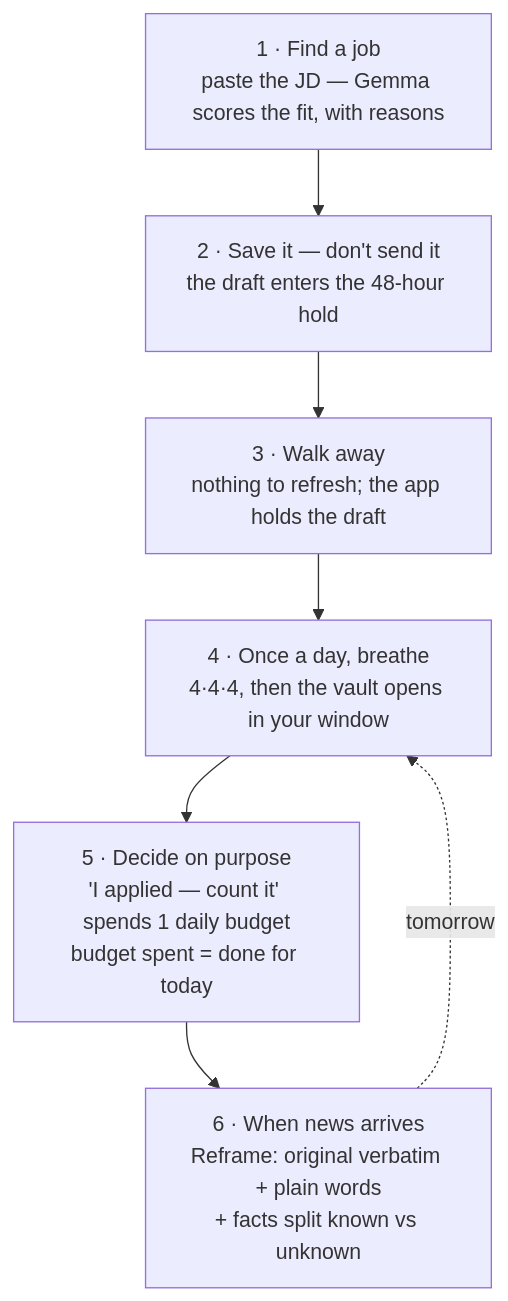
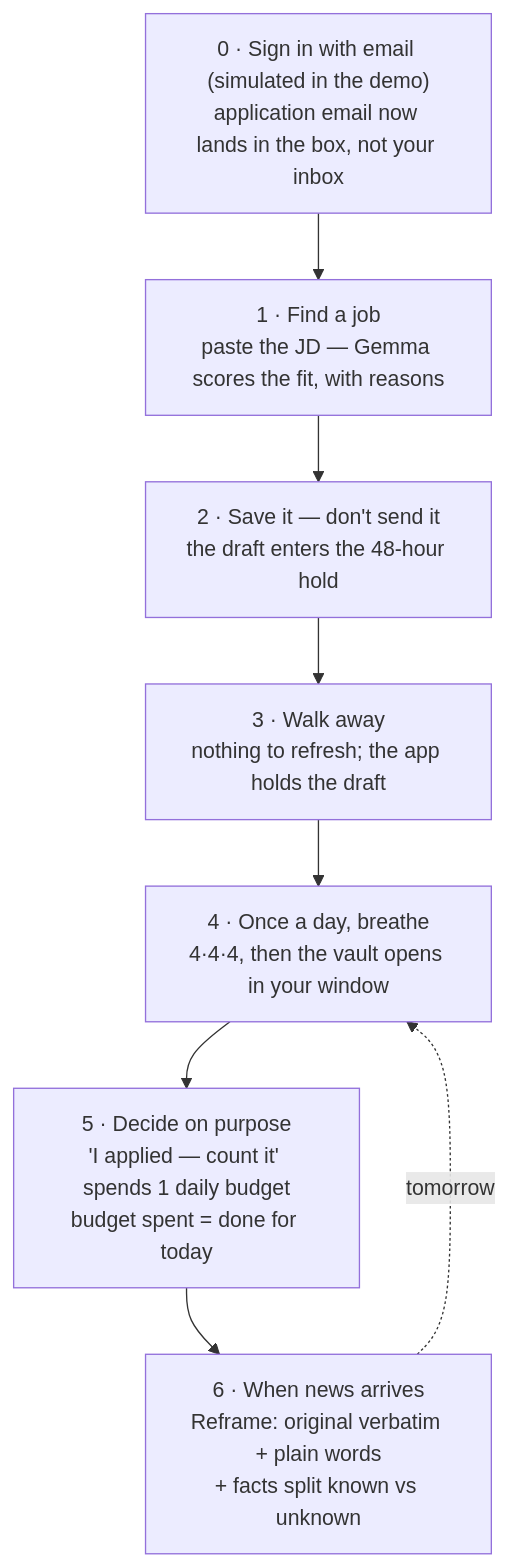
The second of 2 diagrams in docs/architecture.md (Mike-Demo/black-box), drawn with Mermaid before and after one commit. The commit also changed other lines of this file and 22 other files, not shown here.

First line of the commit message:
Stitch UX pass + email sign-in (simulated) + vault inbox

````diff
--- a/docs/architecture.md
+++ b/docs/architecture.md
@@ -43,11 +43,13 @@
 ```mermaid
 flowchart TD
+  A0["0 · Sign in with email (simulated in the demo)<br/>application email now lands in the box, not your inbox"]
   A["1 · Find a job<br/>paste the JD — Gemma scores the fit, with reasons"]
   B["2 · Save it — don't send it<br/>the draft enters the 48-hour hold"]
   C["3 · Walk away<br/>nothing to refresh; the app holds the draft"]
   D["4 · Once a day, breathe<br/>4·4·4, then the vault opens in your window"]
   E["5 · Decide on purpose<br/>'I applied — count it' spends 1 daily budget<br/>budget spent = done for today"]
   F["6 · When news arrives<br/>Reframe: original verbatim + plain words<br/>+ facts split known vs unknown"]
+  A0 --> A
   A --> B --> C --> D --> E --> F
   F -.->|tomorrow| D
 ```
````
